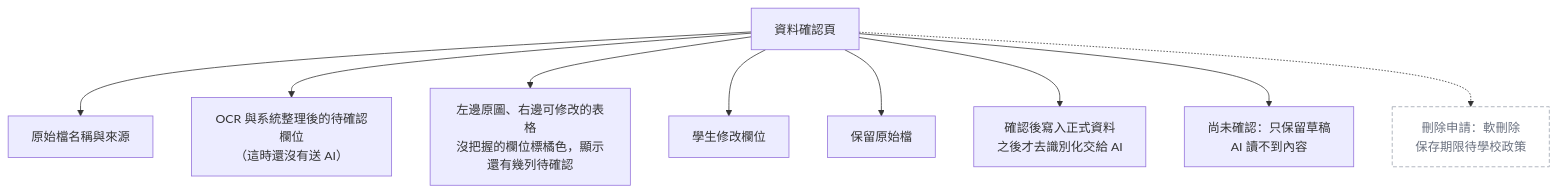
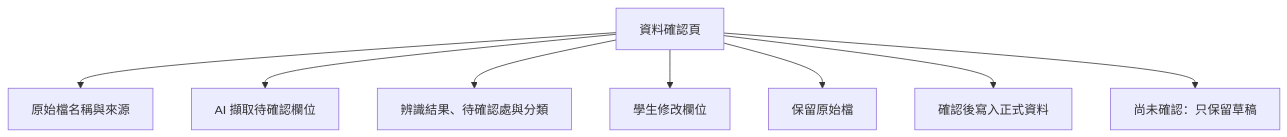
The diagram in docs/images/D-42-data-confirmation-wireframe.mmd (111534107/smart-learning-portfolio-main), drawn with Mermaid before and after one commit. The commit also changed 841 other files, not shown here.

```diff
--- a/docs/images/D-42-data-confirmation-wireframe.mmd
+++ b/docs/images/D-42-data-confirmation-wireframe.mmd
@@ -1,11 +1,9 @@
 flowchart TB
   P[資料確認頁]
   P --> A[原始檔名稱與來源]
-  P --> B[OCR 與系統整理後的待確認欄位<br/>（這時還沒有送 AI）]
-  P --> C[左邊原圖、右邊可修改的表格<br/>沒把握的欄位標橘色，顯示還有幾列待確認]
+  P --> B[AI 擷取待確認欄位]
+  P --> C[辨識結果、待確認處與分類]
   P --> D[學生修改欄位]
   P --> E[保留原始檔]
-  P --> F[確認後寫入正式資料<br/>之後才去識別化交給 AI]
-  P --> G[尚未確認：只保留草稿<br/>AI 讀不到內容]
-  P -.-> H[刪除申請：軟刪除<br/>保存期限待學校政策]:::pending
-  classDef pending fill:#FFFFFF,stroke:#9CA3AF,color:#6B7280,stroke-width:1px,stroke-dasharray:5 3;
+  P --> F[確認後寫入正式資料]
+  P --> G[尚未確認：只保留草稿]
```
